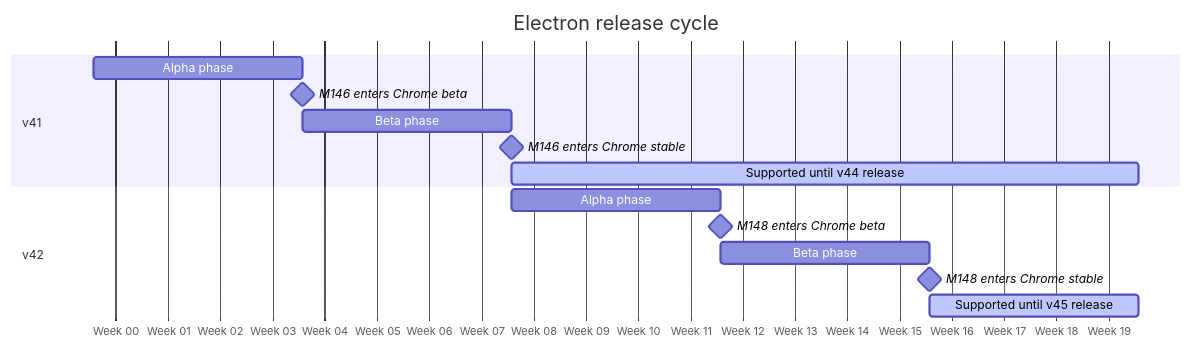
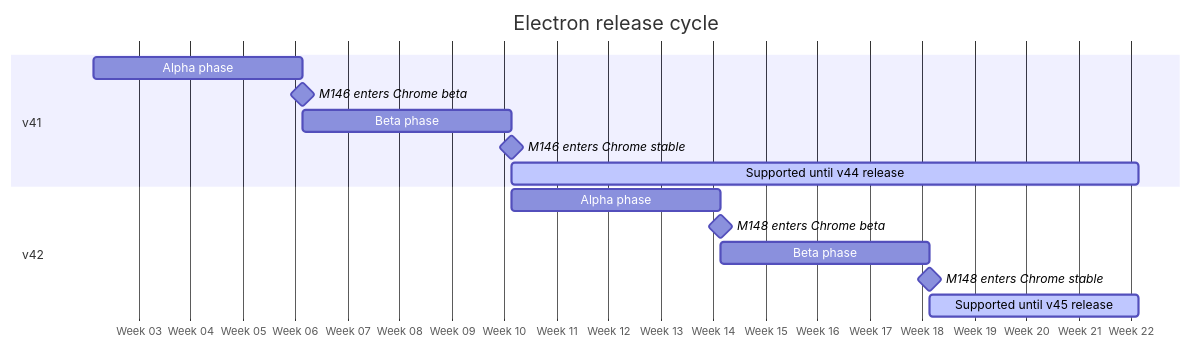
Before and after one commit to electron/electron: the diagram in docs/tutorial/electron-timelines.md, drawn with Mermaid. The commit also changed other lines of this file and 1 other file, not shown here.

````diff
--- a/docs/tutorial/electron-timelines.md
+++ b/docs/tutorial/electron-timelines.md
@@ -28,19 +28,19 @@
 ```mermaid
 gantt
     title Electron release cycle
     dateFormat  YYYY-MM-DD
     axisFormat  Week %W
     todayMarker off
     section v41
-    Alpha phase                    :a1, 2026-01-01, 4w
+    Alpha phase                    :a1, 2026-01-19, 4w
     M146 enters Chrome beta        :milestone, bm1, after a1, 0d
     Beta phase                     :b1, after a1, 4w
     M146 enters Chrome stable      :milestone, s1, after b1, 0d
     Supported until v44 release    :active, after b1, 12w
     section v42
     Alpha phase                    :a2, after b1, 4w
     M148 enters Chrome beta        :milestone, bm2, after a2, 0d
     Beta phase                     :b2, after a2, 4w
     M148 enters Chrome stable      :milestone, s2, after b2, 0d
     Supported until v45 release    :active, after b2, 4w
 ```
````
